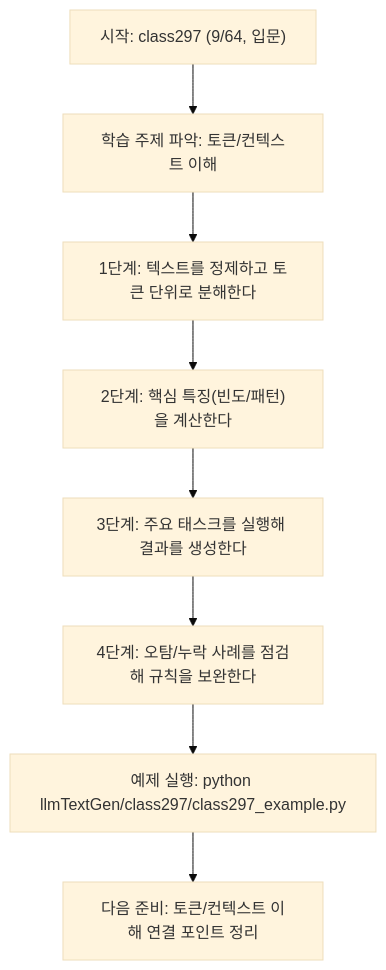
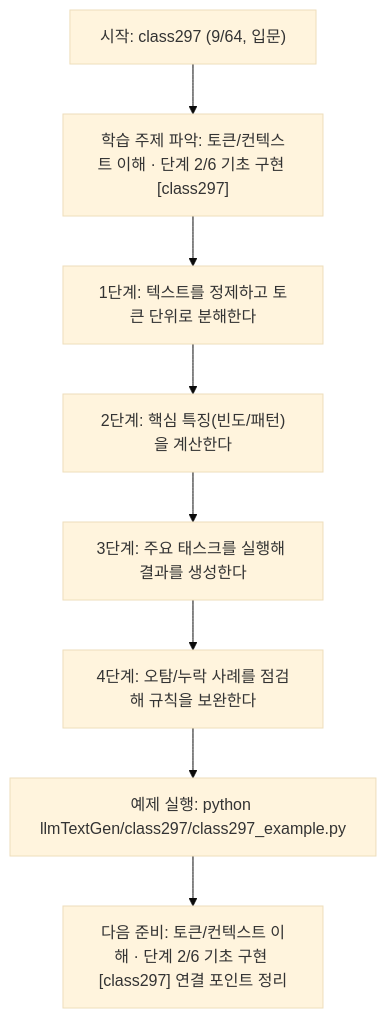
One commit to edumgt/Python-AI_Agent-Class changed the diagram in llmTextGen/class297/class297.md. Above: the diagram before and after it, drawn with Mermaid (base theme). The commit also changed other lines of this file and 522 other files, not shown here.

````diff
--- a/llmTextGen/class297/class297.md
+++ b/llmTextGen/class297/class297.md
@@ -113,18 +114,18 @@
 ```mermaid
 flowchart TD
 N1["시작: class297 (9/64, 입문)"]
-N2["학습 주제 파악: 토큰/컨텍스트 이해"]
+N2["학습 주제 파악: 토큰/컨텍스트 이해 · 단계 2/6 기초 구현 [class297]"]
 N3["1단계: 텍스트를 정제하고 토큰 단위로 분해한다"]
 N4["2단계: 핵심 특징(빈도/패턴)을 계산한다"]
 N5["3단계: 주요 태스크를 실행해 결과를 생성한다"]
 N6["4단계: 오탐/누락 사례를 점검해 규칙을 보완한다"]
 N7["예제 실행: python llmTextGen/class297/class297_example.py"]
-N8["다음 준비: 토큰/컨텍스트 이해 연결 포인트 정리"]
+N8["다음 준비: 토큰/컨텍스트 이해 · 단계 2/6 기초 구현 [class297] 연결 포인트 정리"]
 N1 --> N2
 N2 --> N3
 N3 --> N4
 N4 --> N5
 N5 --> N6
 N6 --> N7
 N7 --> N8
 ```
````
